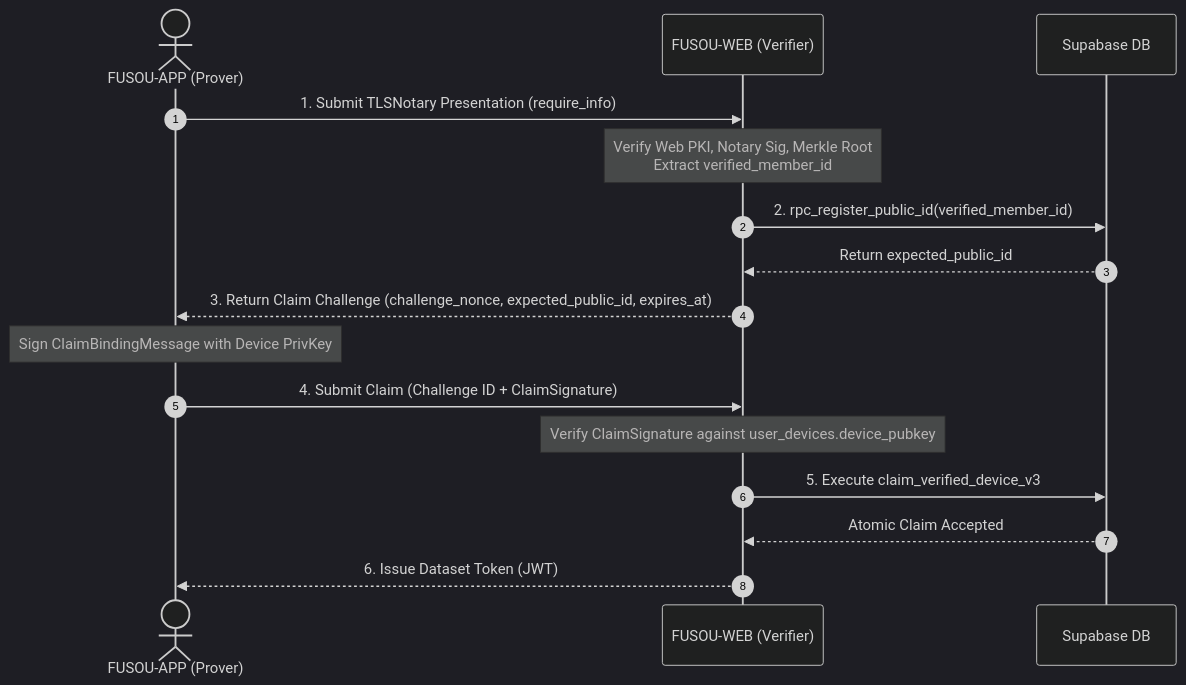
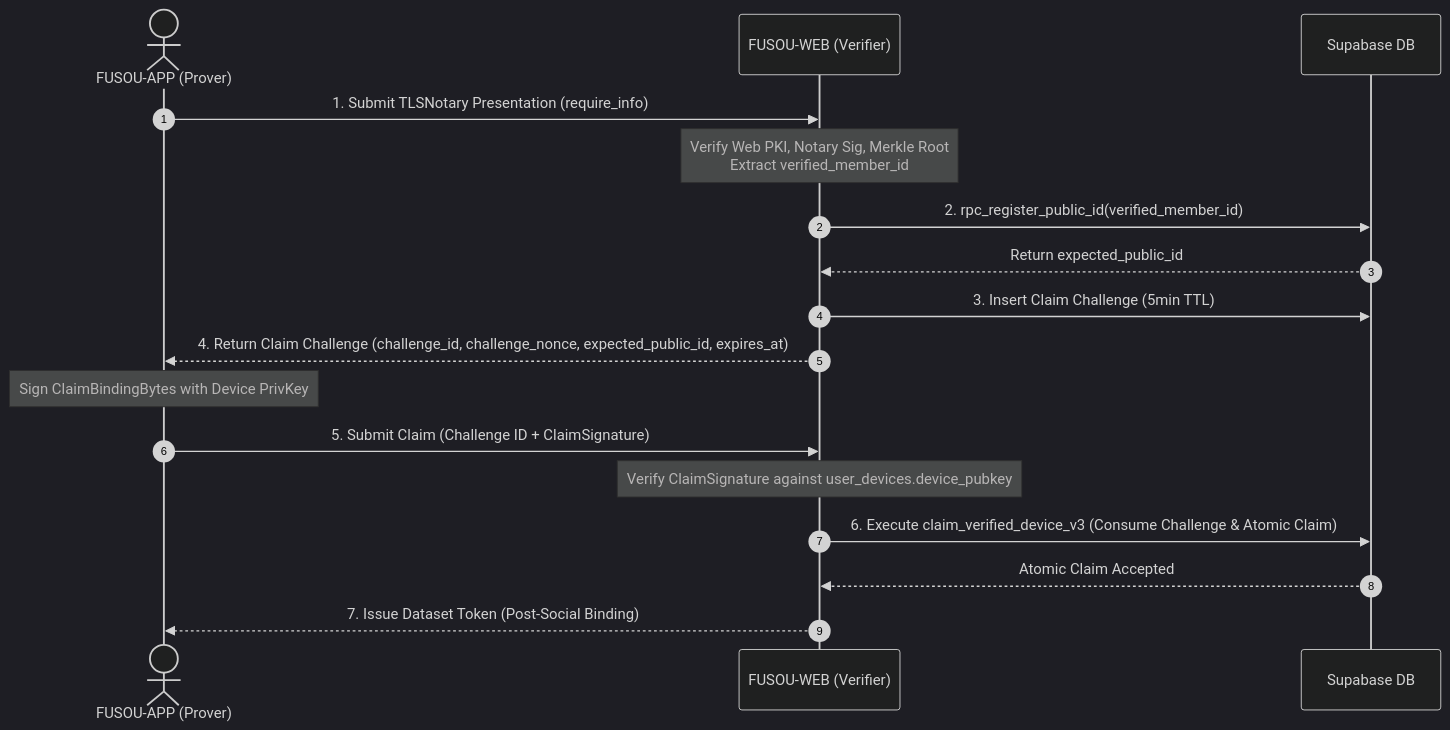
The second of 2 diagrams in docs/operations/member-id-preemptive-attack-and-recovery.md (tsukasa-u/FUSOU), drawn with Mermaid (dark theme) before and after one commit. The commit also changed other lines of this file and 1 other file, not shown here.

First line of the commit message:
docs(security): formalize exact byte layout framing, server challenge DB lifecycle, and immutable telemetry attribution

````diff
--- a/docs/operations/member-id-preemptive-attack-and-recovery.md
+++ b/docs/operations/member-id-preemptive-attack-and-recovery.md
@@ -216,19 +216,20 @@
 ```mermaid
 sequenceDiagram
     autonumber
     actor Client as FUSOU-APP (Prover)
     participant Web as FUSOU-WEB (Verifier)
     participant DB as Supabase DB
 
     Client->>Web: 1. Submit TLSNotary Presentation (require_info)
     Note over Web: Verify Web PKI, Notary Sig, Merkle Root<br/>Extract verified_member_id
     Web->>DB: 2. rpc_register_public_id(verified_member_id)
     DB-->>Web: Return expected_public_id
-    Web-->>Client: 3. Return Claim Challenge (challenge_nonce, expected_public_id, expires_at)
-    Note over Client: Sign ClaimBindingMessage with Device PrivKey
-    Client->>Web: 4. Submit Claim (Challenge ID + ClaimSignature)
+    Web->>DB: 3. Insert Claim Challenge (5min TTL)
+    Web-->>Client: 4. Return Claim Challenge (challenge_id, challenge_nonce, expected_public_id, expires_at)
+    Note over Client: Sign ClaimBindingBytes with Device PrivKey
+    Client->>Web: 5. Submit Claim (Challenge ID + ClaimSignature)
     Note over Web: Verify ClaimSignature against user_devices.device_pubkey
-    Web->>DB: 5. Execute claim_verified_device_v3
+    Web->>DB: 6. Execute claim_verified_device_v3 (Consume Challenge & Atomic Claim)
     DB-->>Web: Atomic Claim Accepted
-    Web-->>Client: 6. Issue Dataset Token (JWT)
+    Web-->>Client: 7. Issue Dataset Token (Post-Social Binding)
 ```
````
